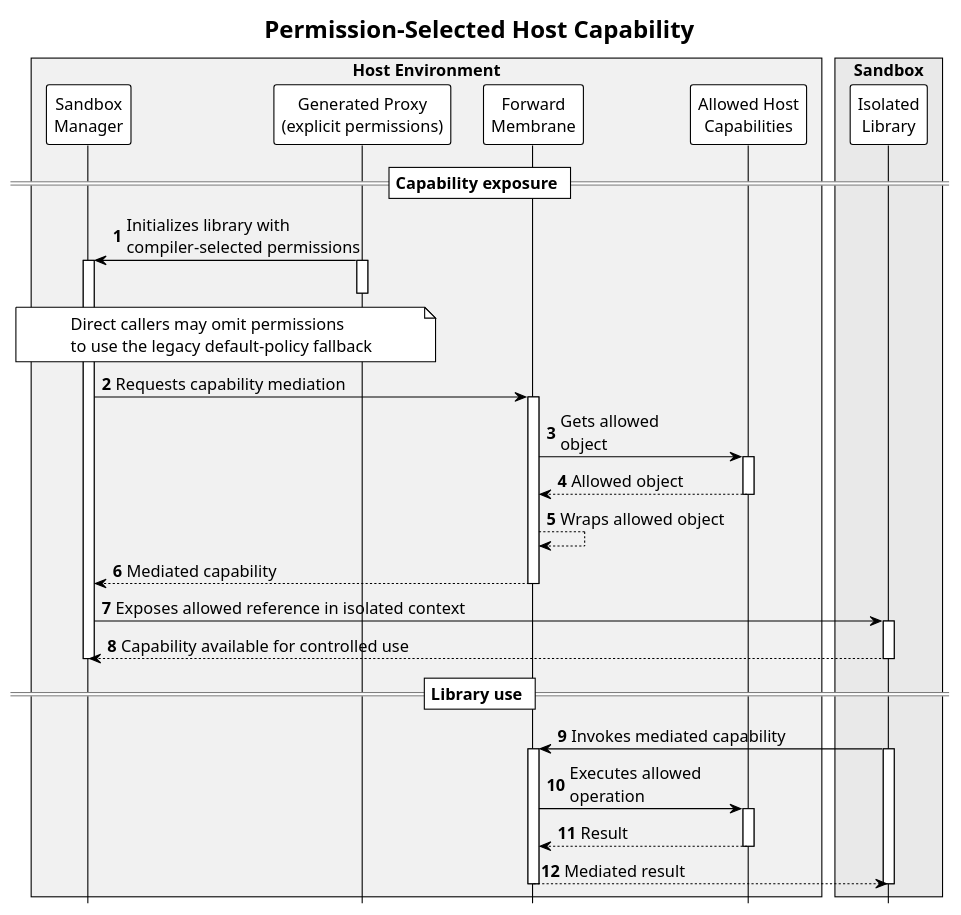
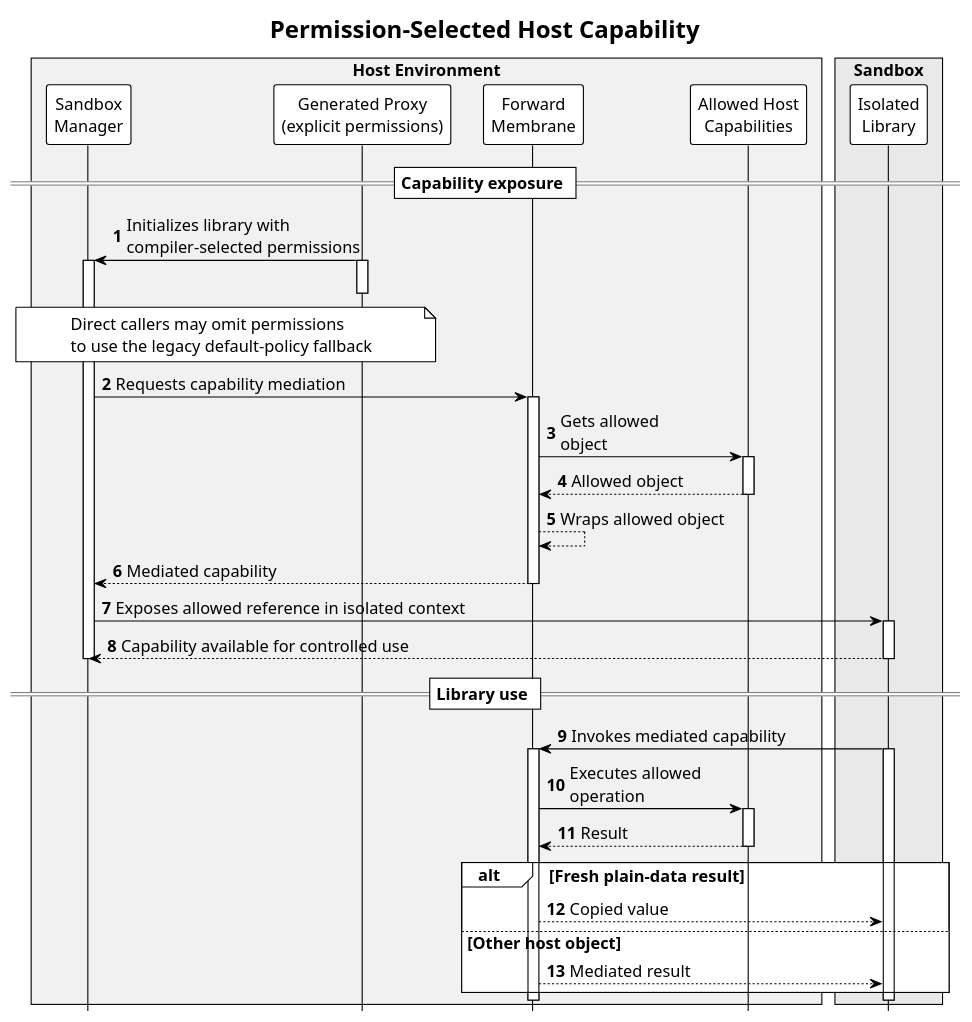
The diagram in docs/diagrams/authorized-webapi.puml (rafaeljbgomes/webpack-wasm-sandbox-plugin), drawn with PlantUML before and after one commit. The commit also changed 5 other files, not shown here.

```diff
--- a/docs/diagrams/authorized-webapi.puml
+++ b/docs/diagrams/authorized-webapi.puml
@@ -1,59 +1,63 @@
 @startuml
 !theme plain
 autonumber
 title Permission-Selected Host Capability
 hide footbox
 
 skinparam defaultFontSize 15
 
 box "Host Environment" #f1f1f1
     participant "Sandbox\nManager" as Manager
     participant "Generated Proxy\n(explicit permissions)" as Config
     participant "Forward\nMembrane" as HostVmMembrane
     participant "Allowed Host\nCapabilities" as HostCapabilities
 end box
 
 box "Sandbox" #e9e9e9
     participant "Isolated\nLibrary" as Library
 end box
 
 == Capability exposure ==
 
 Config -> Manager: Initializes library with\ncompiler-selected permissions
 activate Manager
 activate Config
 note over Config, Manager: Direct callers may omit permissions\nto use the legacy default-policy fallback
 deactivate Config
 
 Manager -> HostVmMembrane: Requests capability mediation
 activate HostVmMembrane
 HostVmMembrane -> HostCapabilities: Gets allowed\nobject
 activate HostCapabilities
 HostCapabilities --> HostVmMembrane: Allowed object
 deactivate HostCapabilities
 
 HostVmMembrane --> HostVmMembrane: Wraps allowed object
 
 HostVmMembrane --> Manager: Mediated capability
 deactivate HostVmMembrane
 
 Manager -> Library: Exposes allowed reference in isolated context
 activate Library
 Library --> Manager: Capability available for controlled use
 deactivate Library
 deactivate Manager
 
 == Library use ==
 
 Library -> HostVmMembrane: Invokes mediated capability
 activate Library
 activate HostVmMembrane
 HostVmMembrane -> HostCapabilities: Executes allowed\noperation
 activate HostCapabilities
 HostCapabilities --> HostVmMembrane: Result
 deactivate HostCapabilities
-HostVmMembrane --> Library: Mediated result
+alt Fresh plain-data result
+    HostVmMembrane --> Library: Copied value
+else Other host object
+    HostVmMembrane --> Library: Mediated result
+end
 deactivate HostVmMembrane
 deactivate Library
 
 @enduml
```
